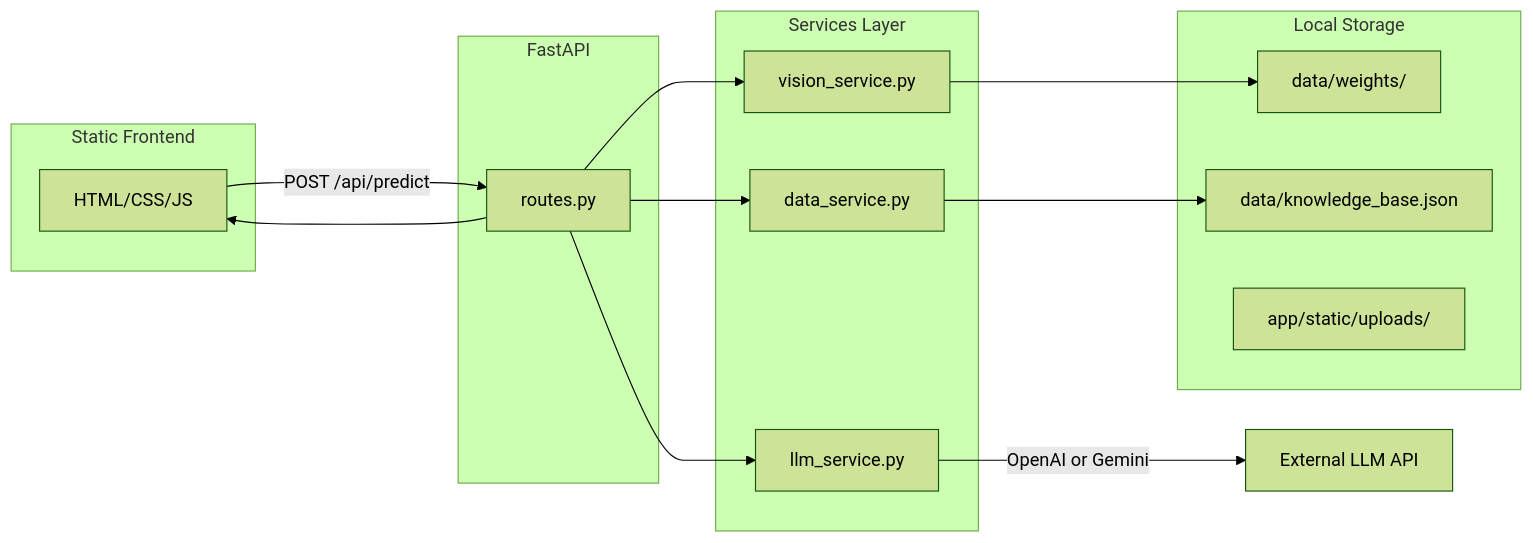
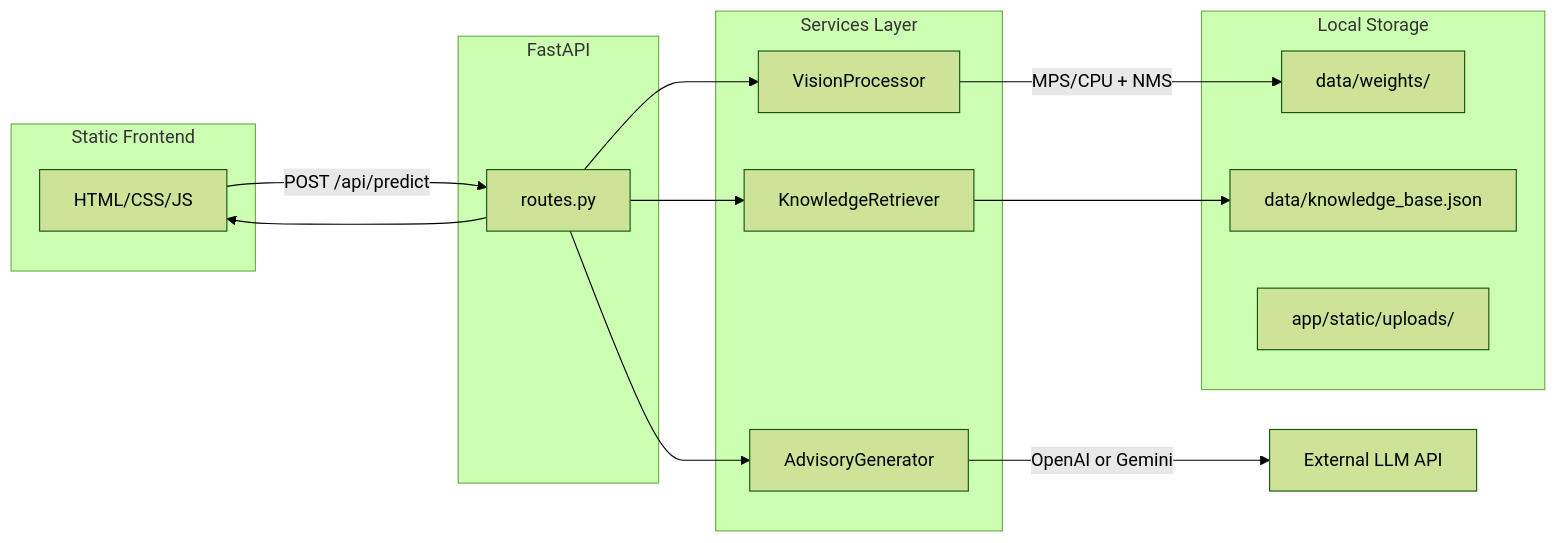
One commit to jiale2004/FoodSense-MY changed the first of 2 diagrams in docs/architecture.md. Above: the diagram before and after it, drawn with Mermaid (forest theme). The commit also changed other lines of this file and 17 other files, not shown here.

````diff
--- a/docs/architecture.md
+++ b/docs/architecture.md
@@ -7,27 +7,27 @@
 ```mermaid
 flowchart LR
     subgraph frontend [Static Frontend]
         UI[HTML/CSS/JS]
     end
     subgraph api [FastAPI]
         Routes[routes.py]
     end
     subgraph services [Services Layer]
-        Vision[vision_service.py]
-        Data[data_service.py]
-        LLM[llm_service.py]
+        VP[VisionProcessor]
+        KR[KnowledgeRetriever]
+        AG[AdvisoryGenerator]
     end
     subgraph storage [Local Storage]
         Weights[data/weights/]
         KB[data/knowledge_base.json]
         Uploads[app/static/uploads/]
     end
     UI -->|POST /api/predict| Routes
-    Routes --> Vision
-    Vision --> Weights
-    Routes --> Data
-    Data --> KB
-    Routes --> LLM
-    LLM -->|OpenAI or Gemini| ExternalAPI[External LLM API]
+    Routes --> VP
+    VP -->|MPS/CPU + NMS| Weights
+    Routes --> KR
+    KR --> KB
+    Routes --> AG
+    AG -->|OpenAI or Gemini| ExternalAPI[External LLM API]
     Routes --> UI
 ```
````
